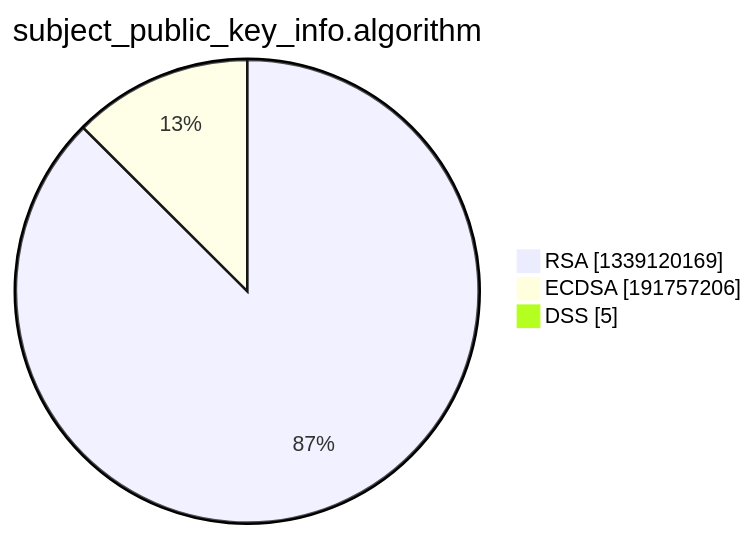
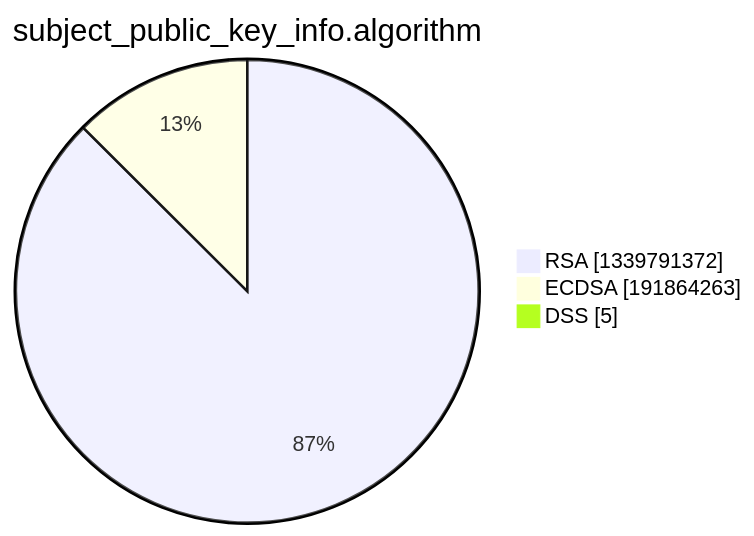
Before and after one commit to christiankrug/ctmonitor_visualization: the third of 15 diagrams in xenon2022/README.md, drawn with Mermaid. The commit also changed other lines of this file, not shown here.

````diff
--- a/xenon2022/README.md
+++ b/xenon2022/README.md
@@ -14,7 +14,7 @@
 ```mermaid
 pie showData
 title subject_public_key_info.algorithm
-"RSA" :1339120169
-"ECDSA" :191757206
+"RSA" :1339791372
+"ECDSA" :191864263
 "DSS" :5
 ```
````
